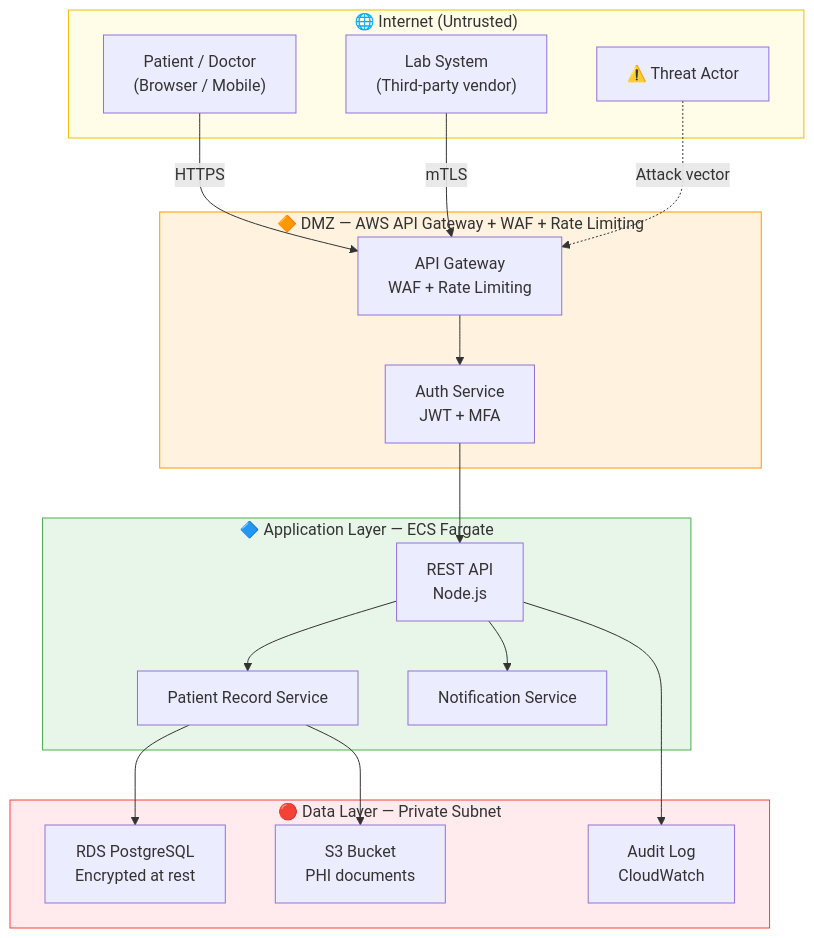
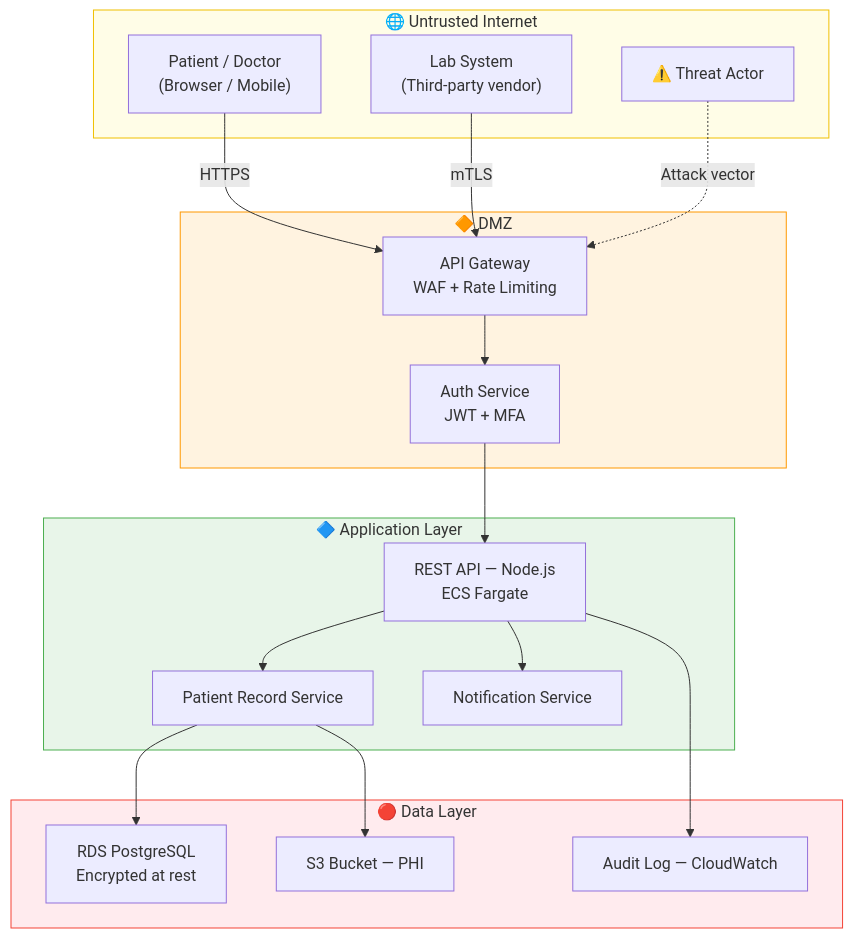
Before and after one commit to AurelienKumarathas/complete-threat-model-for-healthcare-application: the diagram in README.md, drawn with Mermaid.

Commit message:
fix(readme): shorten subgraph titles to prevent GitHub clipping

````diff
--- a/README.md
+++ b/README.md
@@ -81,41 +81,41 @@
 ```mermaid
 flowchart TD
-    subgraph Internet ["🌐 Internet (Untrusted)"]
+    subgraph Internet ["🌐 Untrusted Internet"]
         User["Patient / Doctor<br/>(Browser / Mobile)"]
         Lab["Lab System<br/>(Third-party vendor)"]
         Attacker["⚠️ Threat Actor"]
     end
 
-    subgraph DMZ ["🔶 DMZ — AWS API Gateway + WAF + Rate Limiting"]
+    subgraph DMZ ["🔶 DMZ"]
         APIGW["API Gateway<br/>WAF + Rate Limiting"]
         Auth["Auth Service<br/>JWT + MFA"]
     end
 
-    subgraph AppLayer ["🔷 Application Layer — ECS Fargate"]
-        API["REST API<br/>Node.js"]
+    subgraph AppLayer ["🔷 Application Layer"]
+        API["REST API — Node.js<br/>ECS Fargate"]
         RecordSvc["Patient Record Service"]
         NotifySvc["Notification Service"]
     end
 
-    subgraph DataLayer ["🔴 Data Layer — Private Subnet"]
+    subgraph DataLayer ["🔴 Data Layer"]
         RDS["RDS PostgreSQL<br/>Encrypted at rest"]
-        S3["S3 Bucket<br/>PHI documents"]
-        Audit["Audit Log<br/>CloudWatch"]
+        S3["S3 Bucket — PHI"]
+        Audit["Audit Log — CloudWatch"]
     end
 
     User -->|HTTPS| APIGW
     Lab -->|mTLS| APIGW
     Attacker -.->|Attack vector| APIGW
     APIGW --> Auth
     Auth --> API
     API --> RecordSvc
     API --> NotifySvc
     RecordSvc --> RDS
     RecordSvc --> S3
     API --> Audit
 
     style Internet fill:#fffde7,color:#333,stroke:#f0c000
     style DMZ fill:#fff3e0,color:#333,stroke:#ff9800
     style AppLayer fill:#e8f5e9,color:#333,stroke:#4caf50
     style DataLayer fill:#ffebee,color:#333,stroke:#f44336
 ```
````
